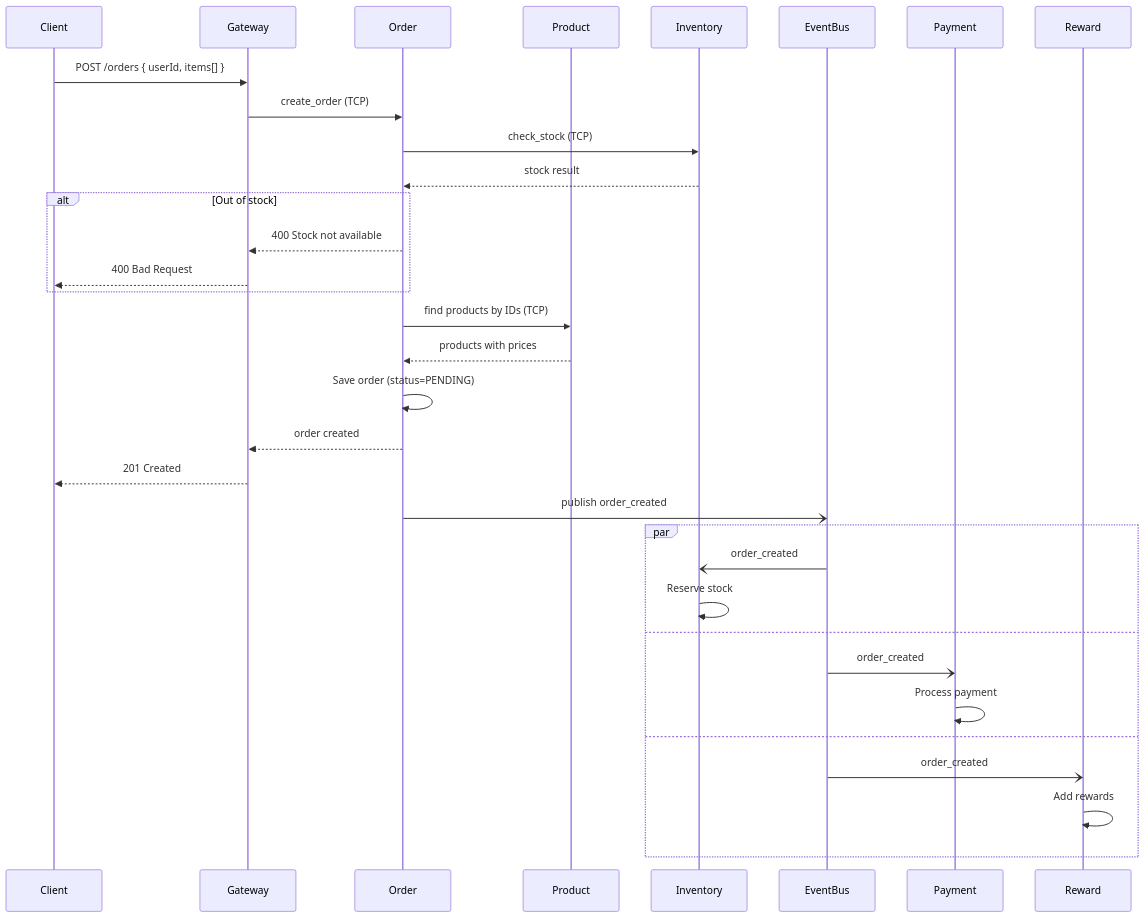
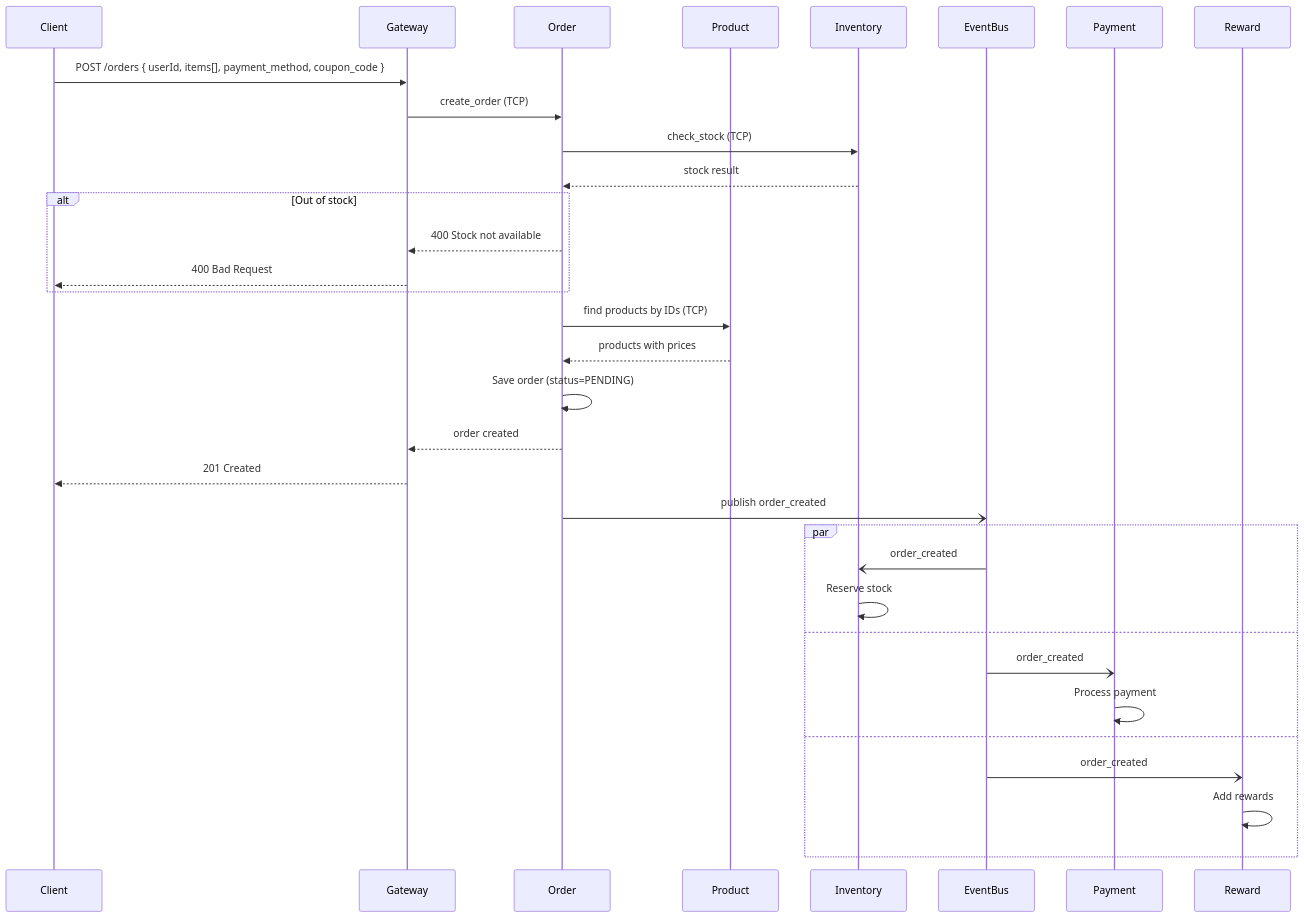
The second of 2 diagrams in docs/sequence-diagram/order-process.md (hoai-tn/pre-loved__services), drawn with Mermaid before and after one commit.

Commit message:
Add payment method and coupon code to order process

````diff
--- a/docs/sequence-diagram/order-process.md
+++ b/docs/sequence-diagram/order-process.md
@@ -30,43 +30,43 @@
 ```mermaid
 sequenceDiagram
     participant Client
     participant Gateway
     participant Order
     participant Product
     participant Inventory
     participant EventBus
     participant Payment
     participant Reward
 
-    Client->>Gateway: POST /orders { userId, items[] }
+    Client->>Gateway: POST /orders { userId, items[], payment_method, coupon_code }
     Gateway->>Order: create_order (TCP)
 
     Order->>Inventory: check_stock (TCP)
     Inventory-->>Order: stock result
 
     alt Out of stock
         Order-->>Gateway: 400 Stock not available
         Gateway-->>Client: 400 Bad Request
     end
 
     Order->>Product: find products by IDs (TCP)
     Product-->>Order: products with prices
 
     Order->>Order: Save order (status=PENDING)
 
     Order-->>Gateway: order created
     Gateway-->>Client: 201 Created
 
     Order-)EventBus: publish order_created
 
     par
         EventBus-)Inventory: order_created
         Inventory->>Inventory: Reserve stock
     and
         EventBus-)Payment: order_created
         Payment->>Payment: Process payment
     and
         EventBus-)Reward: order_created
         Reward->>Reward: Add rewards
     end
 ```
````
